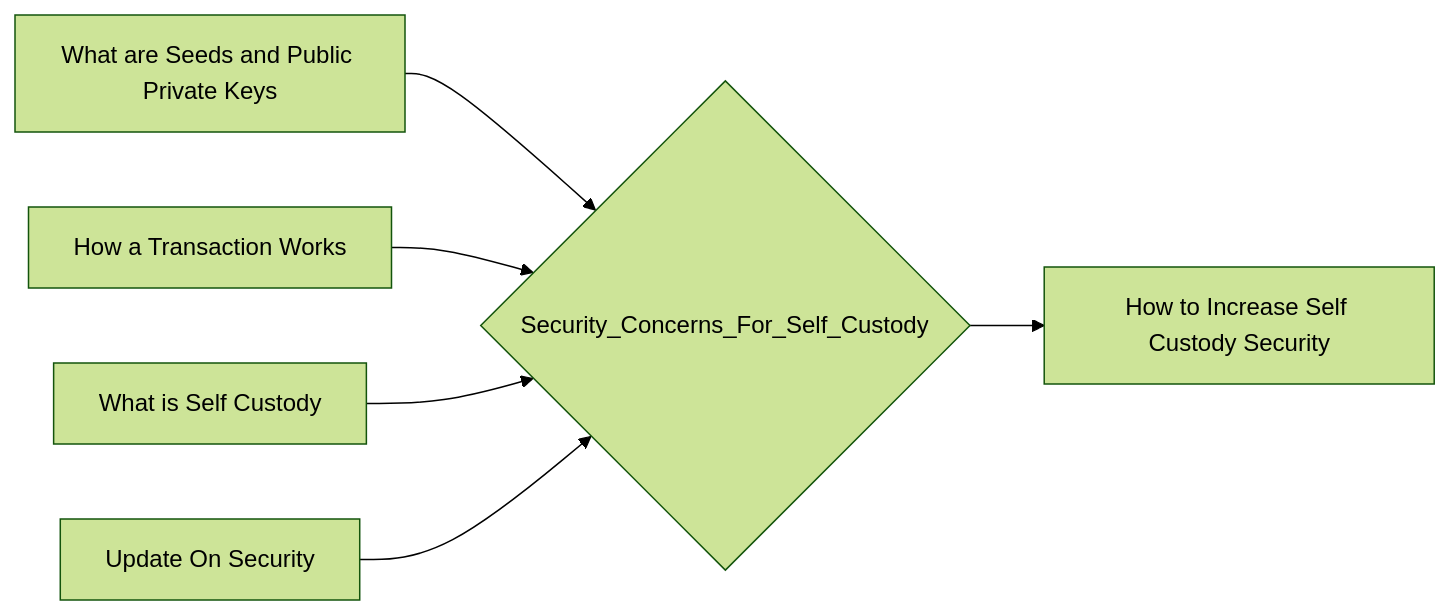
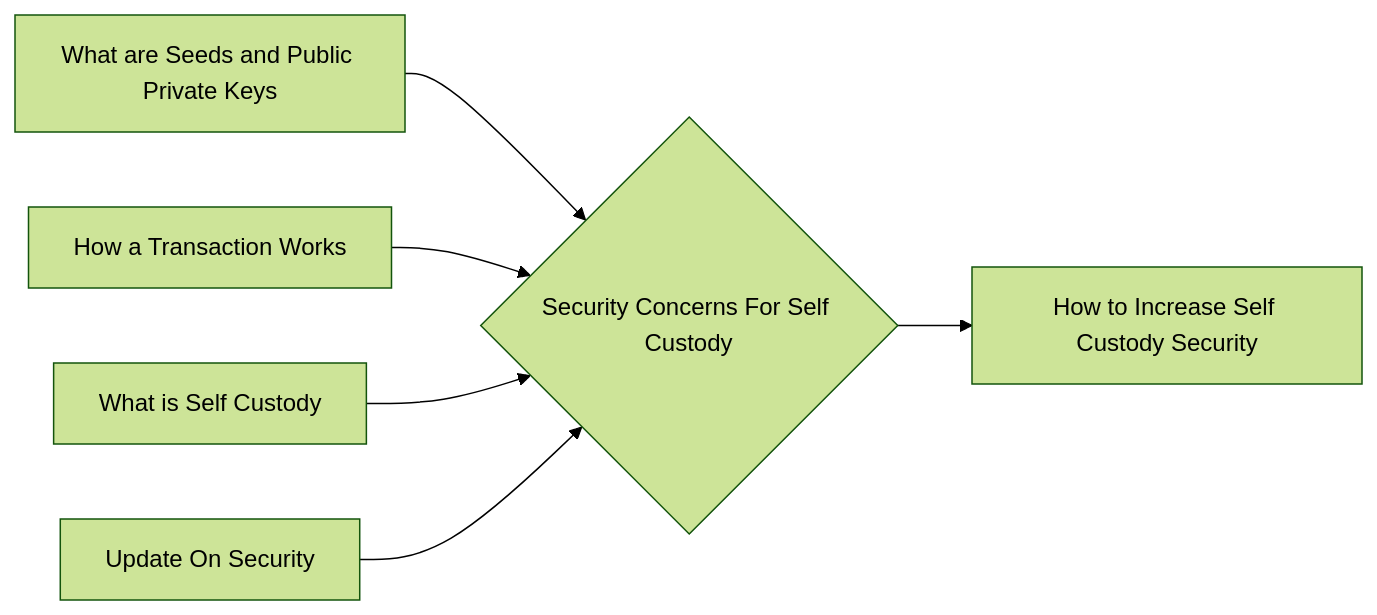
The diagram in notes/Security_Concerns_For_Self_Custody.md (lpurdy01/crypto-knowledge-map), drawn with Mermaid (forest theme) before and after one commit. The commit also changed 58 other files, not shown here.

````diff
--- a/notes/Security_Concerns_For_Self_Custody.md
+++ b/notes/Security_Concerns_For_Self_Custody.md
@@ -15,8 +15,8 @@
 ```mermaid
 graph LR
-1["What are Seeds and Public Private Keys"]-->0{"Security_Concerns_For_Self_Custody"}
-2["How a Transaction Works"]-->0{"Security_Concerns_For_Self_Custody"}
-3["What is Self Custody"]-->0{"Security_Concerns_For_Self_Custody"}
-4["Update On Security"]-->0{"Security_Concerns_For_Self_Custody"}
-0{"Security_Concerns_For_Self_Custody"}-->5["How to Increase Self Custody Security"]
+1["What are Seeds and Public Private Keys"]-->0{"Security Concerns For Self Custody"}
+2["How a Transaction Works"]-->0{"Security Concerns For Self Custody"}
+3["What is Self Custody"]-->0{"Security Concerns For Self Custody"}
+4["Update On Security"]-->0{"Security Concerns For Self Custody"}
+0{"Security Concerns For Self Custody"}-->5["How to Increase Self Custody Security"]
 ```
````
